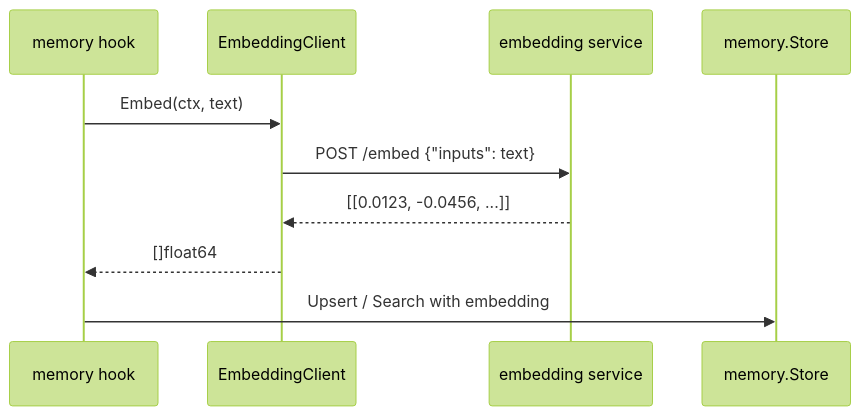
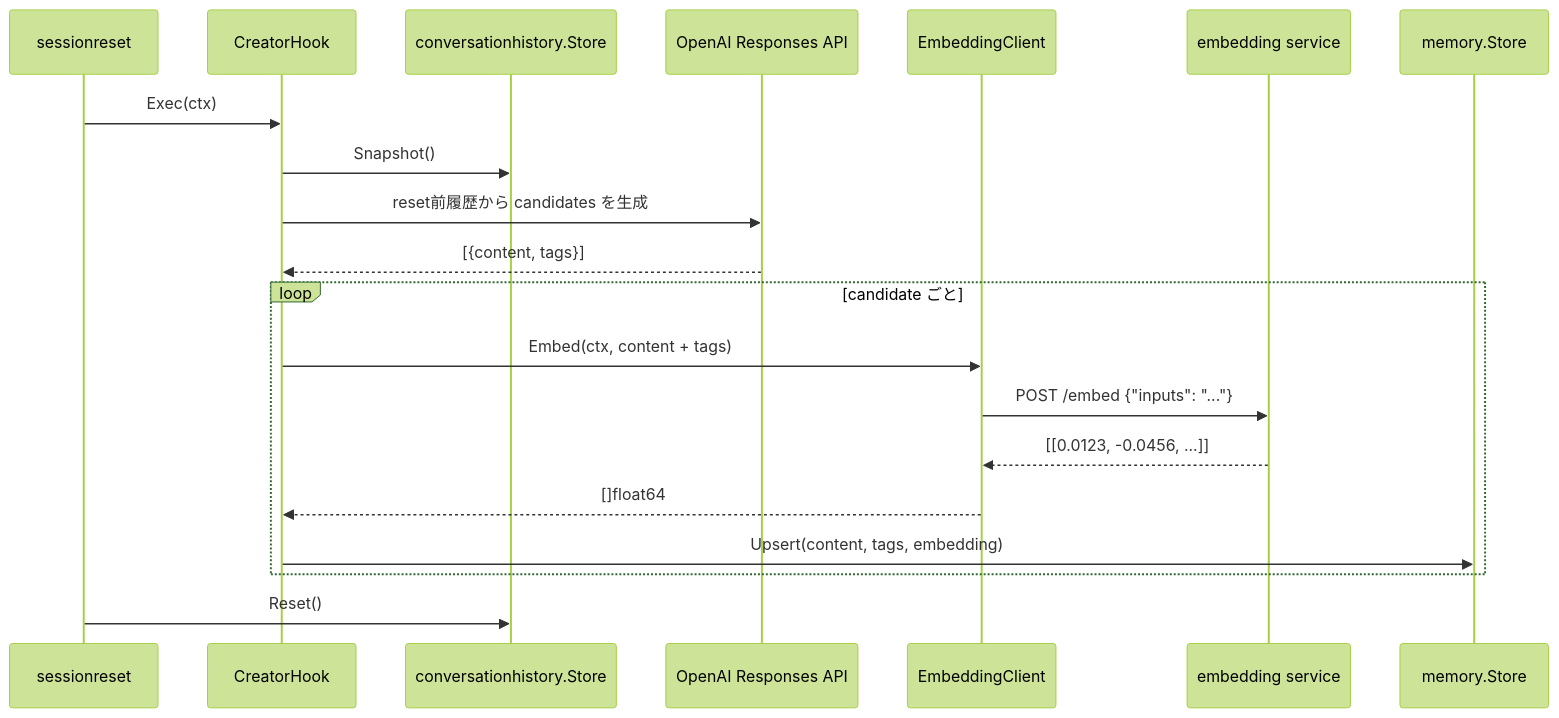
Before and after one commit to tetetratra/smart-speaker: the diagram in docs/hooks/memory.md, drawn with Mermaid (forest theme). The commit also changed other lines of this file, not shown here.

Commit message:
docs: memory hook documentation update for PR 218

````diff
--- a/docs/hooks/memory.md
+++ b/docs/hooks/memory.md
@@ -34,13 +48,23 @@
 ```mermaid
 sequenceDiagram
-    participant Hook as memory hook
+    participant SR as sessionreset
+    participant Hook as CreatorHook
+    participant Hist as conversationhistory.Store
+    participant OpenAI as OpenAI Responses API
     participant Client as EmbeddingClient
     participant TEI as embedding service
     participant Store as memory.Store
 
-    Hook->>Client: Embed(ctx, text)
-    Client->>TEI: POST /embed {"inputs": text}
-    TEI-->>Client: [[0.0123, -0.0456, ...]]
-    Client-->>Hook: []float64
-    Hook->>Store: Upsert / Search with embedding
+    SR->>Hook: Exec(ctx)
+    Hook->>Hist: Snapshot()
+    Hook->>OpenAI: reset前履歴から candidates を生成
+    OpenAI-->>Hook: [{content, tags}]
+    loop candidate ごと
+        Hook->>Client: Embed(ctx, content + tags)
+        Client->>TEI: POST /embed {"inputs": "..."}
+        TEI-->>Client: [[0.0123, -0.0456, ...]]
+        Client-->>Hook: []float64
+        Hook->>Store: Upsert(content, tags, embedding)
+    end
+    SR->>Hist: Reset()
 ```
````
